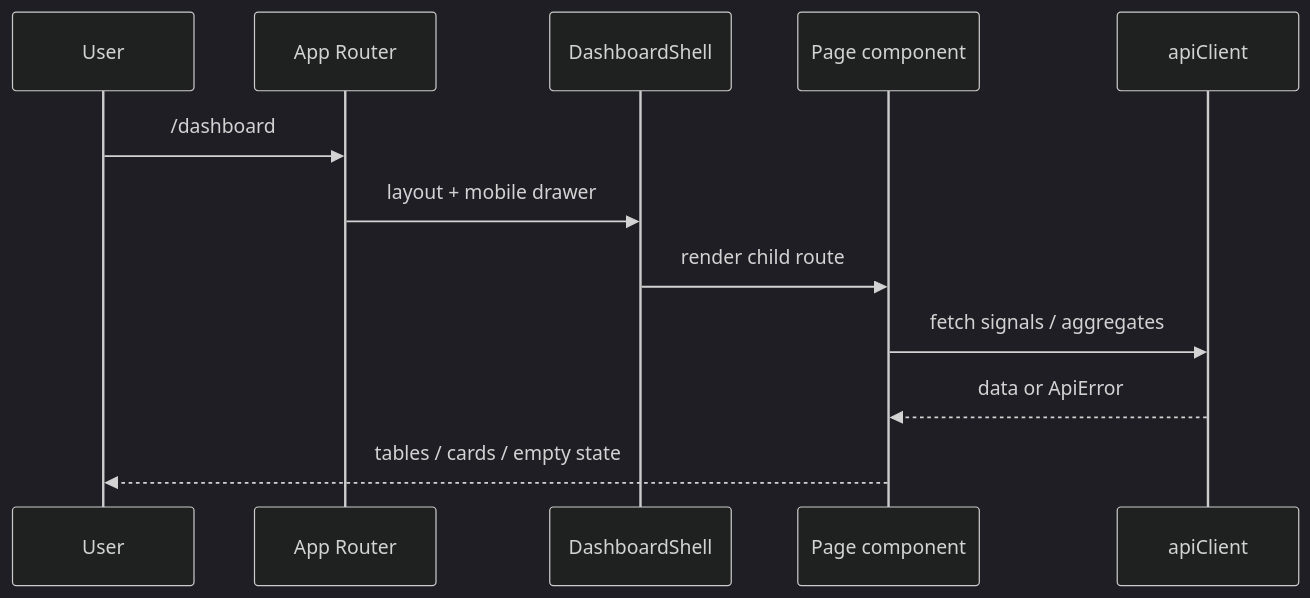
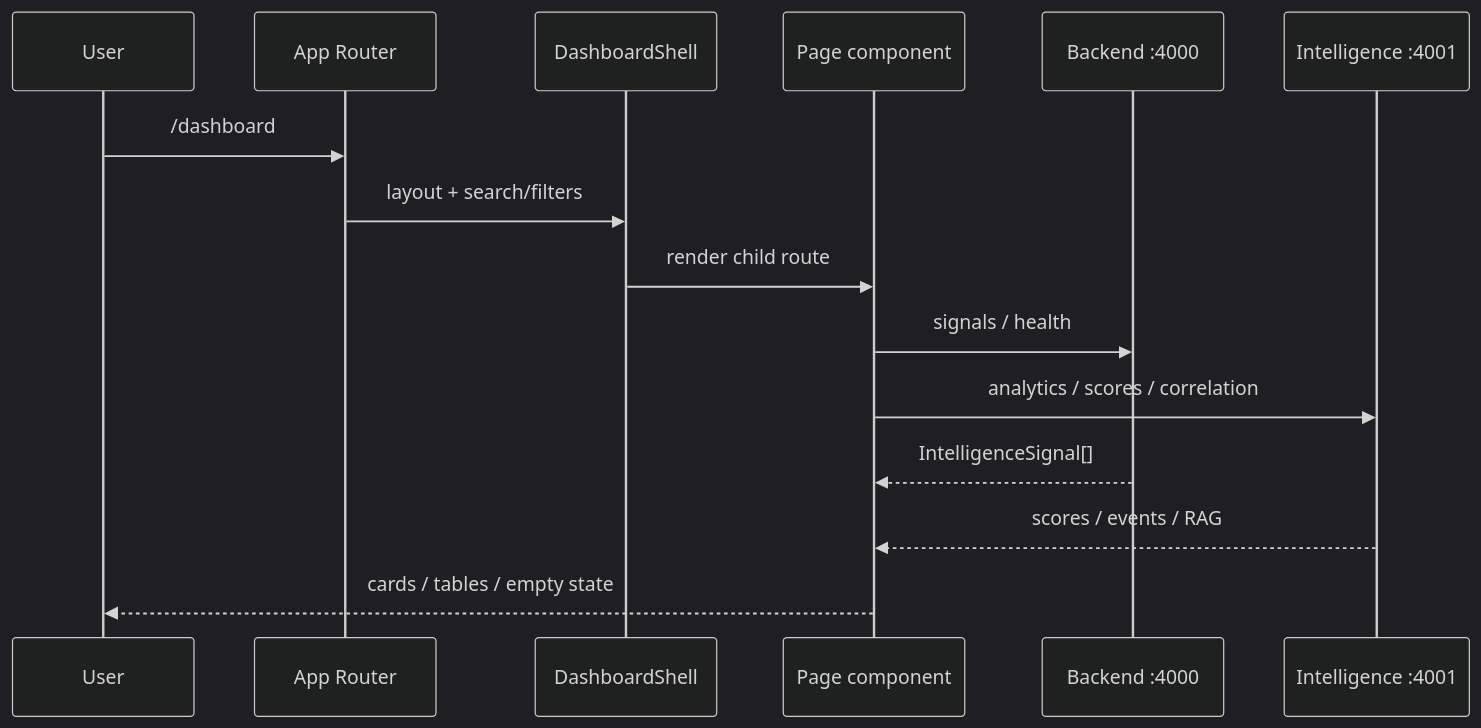
Before and after one commit to JayXCoder/SentinelX: the second of 7 diagrams in sentinelx-frontend/docs/workflow.md, drawn with Mermaid (dark theme). The commit also changed other lines of this file and 158 other files, not shown here.

````diff
--- a/sentinelx-frontend/docs/workflow.md
+++ b/sentinelx-frontend/docs/workflow.md
@@ -16,15 +16,18 @@
 ```mermaid
 sequenceDiagram
   participant U as User
   participant R as App Router
   participant S as DashboardShell
   participant P as Page component
-  participant API as apiClient
+  participant BE as Backend :4000
+  participant IN as Intelligence :4001
 
   U->>R: /dashboard
-  R->>S: layout + mobile drawer
+  R->>S: layout + search/filters
   S->>P: render child route
-  P->>API: fetch signals / aggregates
-  API-->>P: data or ApiError
-  P-->>U: tables / cards / empty state
+  P->>BE: signals / health
+  P->>IN: analytics / scores / correlation
+  BE-->>P: IntelligenceSignal[]
+  IN-->>P: scores / events / RAG
+  P-->>U: cards / tables / empty state
 ```
````
